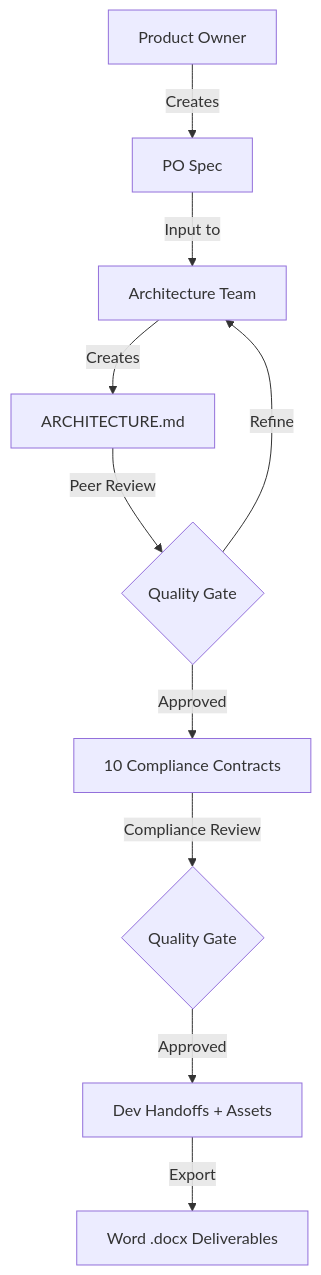
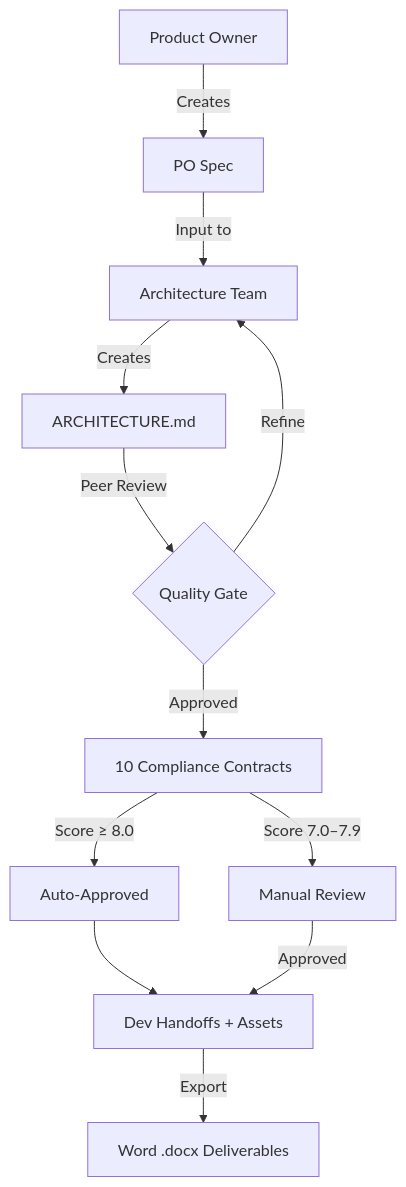
Before and after one commit to shadowX4fox/solutions-architect-skills: the diagram in README.md, drawn with Mermaid. The commit also changed other lines of this file and 2 other files, not shown here.

Commit message:
docs: expand compliance approval paths in Workflow Integration diagram v2.10.25

````diff
--- a/README.md
+++ b/README.md
@@ -481,12 +481,14 @@
 ```mermaid
 graph TD
     A[Product Owner] -->|Creates| B[PO Spec]
     B -->|Input to| C[Architecture Team]
     C -->|Creates| D[ARCHITECTURE.md]
     D -->|Peer Review| E{Quality Gate}
     E -->|Approved| F[10 Compliance Contracts]
     E -->|Refine| C
-    F -->|Compliance Review| G{Quality Gate}
-    G -->|Approved| H[Dev Handoffs + Assets]
-    H -->|Export| I[Word .docx Deliverables]
+    F -->|Score ≥ 8.0| G[Auto-Approved]
+    F -->|Score 7.0–7.9| H[Manual Review]
+    G --> J[Dev Handoffs + Assets]
+    H -->|Approved| J
+    J -->|Export| K[Word .docx Deliverables]
 ```
````
